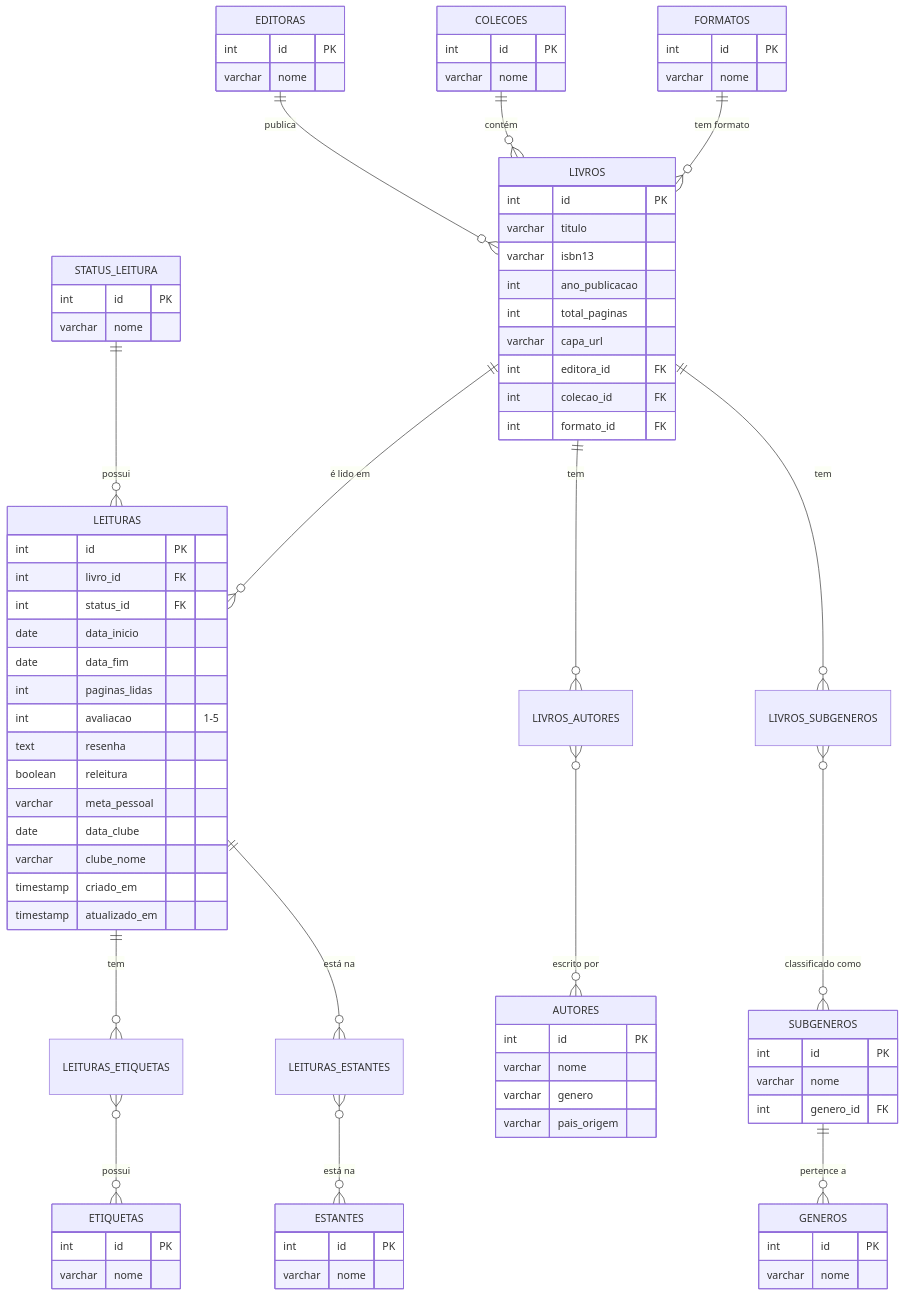
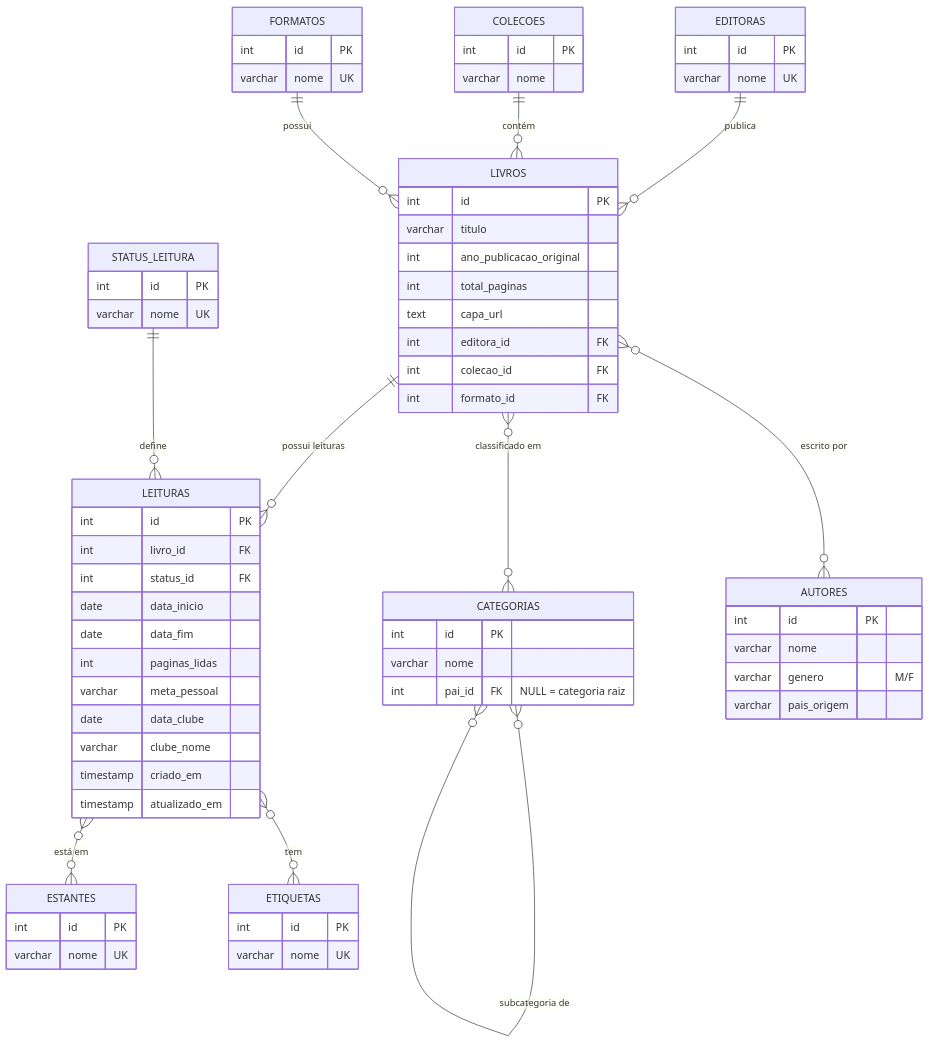
Before and after one commit to rafaelladuarte/booktrack-fastapi: the diagram in README.md, drawn with Mermaid. The commit also changed other lines of this file and 6 other files, not shown here.

````diff
--- a/README.md
+++ b/README.md
@@ -24,57 +28,63 @@
 ```mermaid
 erDiagram
+    %% ========== 1. DIMENSÕES BÁSICAS ==========
     AUTORES {
         int id PK
         varchar nome
-        varchar genero
+        varchar genero "M/F"
         varchar pais_origem
     }
+
     EDITORAS {
         int id PK
-        varchar nome
+        varchar nome UK
     }
+
     COLECOES {
         int id PK
         varchar nome
     }
-    GENEROS {
+
+    ESTANTES {
+        int id PK
+        varchar nome UK
+    }
+
+    FORMATOS {
+        int id PK
+        varchar nome UK
+    }
+
+    STATUS_LEITURA {
+        int id PK
+        varchar nome UK
+    }
+
+    ETIQUETAS {
+        int id PK
+        varchar nome UK
+    }
+
+    %% ========== 2. CATEGORIAS HIERÁRQUICAS ==========
+    CATEGORIAS {
         int id PK
         varchar nome
-    }
-    SUBGENEROS {
-        int id PK
-        varchar nome
-        int genero_id FK
-    }
-    ESTANTES {
-        int id PK
-        varchar nome
-    }
-    FORMATOS {
-        int id PK
-        varchar nome
-    }
-    STATUS_LEITURA {
-        int id PK
-        varchar nome
-    }
-    ETIQUETAS {
-        int id PK
-        varchar nome
+        int pai_id FK "NULL = categoria raiz"
     }
 
+    %% ========== 3. LIVRO (com TODOS os campos corretos) ==========
     LIVROS {
         int id PK
         varchar titulo
-        varchar isbn13
-        int ano_publicacao
+        int ano_publicacao_original
         int total_paginas
-        varchar capa_url
+        text capa_url
         int editora_id FK
         int colecao_id FK
         int formato_id FK
     }
 
+    %% ========== 5. LEITURAS ==========
     LEITURAS {
         int id PK
         int livro_id FK
@@ -82,9 +92,6 @@
         date data_inicio
         date data_fim
         int paginas_lidas
-        int avaliacao "1-5"
-        text resenha
-        boolean releitura
         varchar meta_pessoal
         date data_clube
         varchar clube_nome
@@ -92,19 +99,34 @@
         timestamp atualizado_em
     }
 
-    LIVROS_AUTORES }o--o{ AUTORES : "escrito por"
-    LIVROS_SUBGENEROS }o--o{ SUBGENEROS : "classificado como"
-    LEITURAS_ETIQUETAS }o--o{ ETIQUETAS : "possui"
-    LEITURAS_ESTANTES }o--o{ ESTANTES : "está na"
+    %% ========== RELACIONAMENTOS ==========
+    %% Livro → Editoras (1:N)
+    EDITORAS ||--o{ LIVROS : "publica"
 
-    LIVROS ||--o{ LEITURAS : "é lido em"
-    LIVROS ||--o{ LIVROS_AUTORES : "tem"
-    LIVROS ||--o{ LIVROS_SUBGENEROS : "tem"
-    LEITURAS ||--o{ LEITURAS_ETIQUETAS : "tem"
-    LEITURAS ||--o{ LEITURAS_ESTANTES : "está na"
-    STATUS_LEITURA ||--o{ LEITURAS : "possui"
-    EDITORAS ||--o{ LIVROS : "publica"
+    %% Livro → Coleções (1:N)
     COLECOES ||--o{ LIVROS : "contém"
-    FORMATOS ||--o{ LIVROS : "tem formato"
-    SUBGENEROS ||--o{ GENEROS : "pertence a"
+
+    %% Livro → Formatos (1:N)
+    FORMATOS ||--o{ LIVROS : "possui"
+
+    %% Livro → Autores (N:N)
+    LIVROS }o--o{ AUTORES : "escrito por"
+
+    %% Livro → Categorias (N:N)
+    LIVROS }o--o{ CATEGORIAS : "classificado em"
+
+    %% Categorias hierárquicas (auto-relacionamento)
+    CATEGORIAS }o--o{ CATEGORIAS : "subcategoria de"
+
+    %% Leitura → Livro (N:1)
+    LIVROS ||--o{ LEITURAS : "possui leituras"
+
+    %% Leitura → Status (N:1)
+    STATUS_LEITURA ||--o{ LEITURAS : "define"
+
+    %% Leitura → Etiquetas (N:N)
+    LEITURAS }o--o{ ETIQUETAS : "tem"
+
+    %% Leitura → Estantes (N:N)
+    LEITURAS }o--o{ ESTANTES : "está em"
 ```
````
